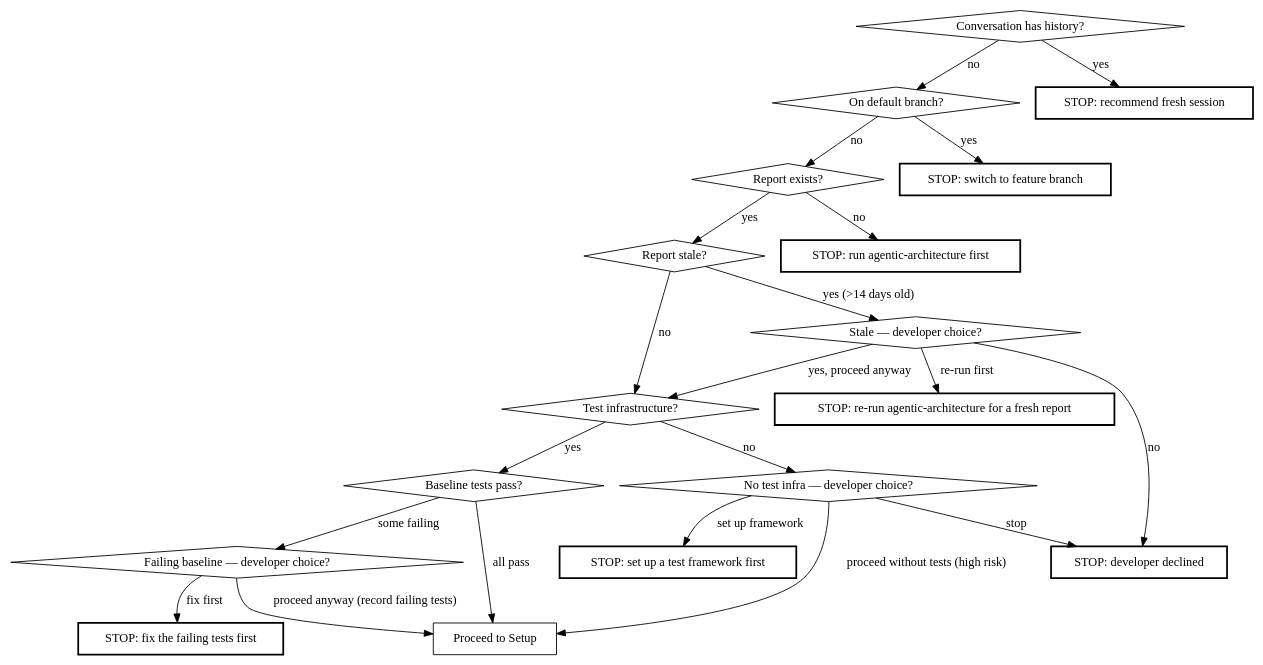
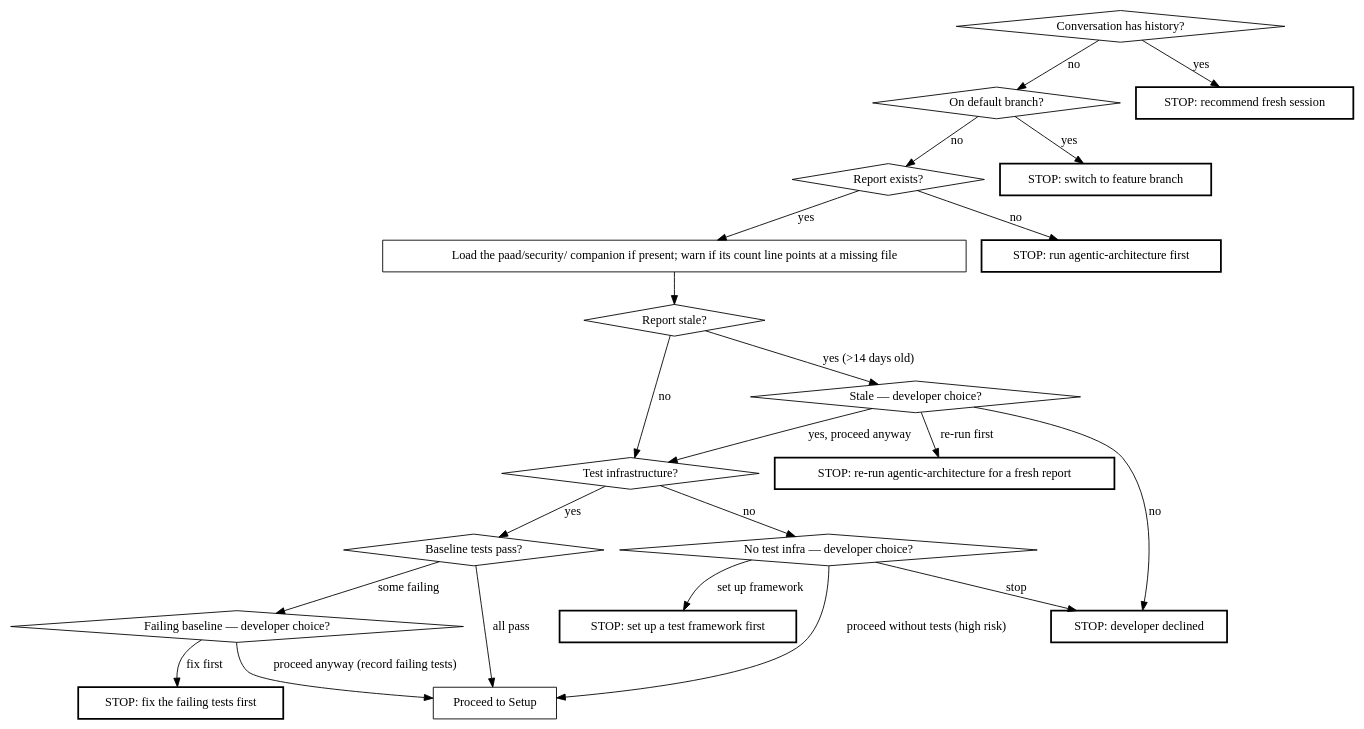
One commit to Ovid/paad changed the first of 2 diagrams in preview/paad/skills/fix-architecture/SKILL.md. Above: the diagram before and after it, drawn with Graphviz. The commit also changed other lines of this file and 3 other files, not shown here.

First line of the commit message:
fix-architecture: load routed security flaws, and keep them out of commits

````diff
--- a/preview/paad/skills/fix-architecture/SKILL.md
+++ b/preview/paad/skills/fix-architecture/SKILL.md
@@ -20,46 +20,48 @@
 ```dot
 digraph preflight {
   "Conversation has history?" [shape=diamond];
   "On default branch?" [shape=diamond];
   "Report exists?" [shape=diamond];
   "Report stale?" [shape=diamond];
   "Stale — developer choice?" [shape=diamond];
   "Test infrastructure?" [shape=diamond];
   "No test infra — developer choice?" [shape=diamond];
   "Baseline tests pass?" [shape=diamond];
   "Failing baseline — developer choice?" [shape=diamond];
 
+  "Load the paad/security/ companion if present; warn if its count line points at a missing file" [shape=box];
   "Proceed to Setup" [shape=box];
   "STOP: recommend fresh session" [shape=box, style=bold];
   "STOP: switch to feature branch" [shape=box, style=bold];
   "STOP: run agentic-architecture first" [shape=box, style=bold];
   "STOP: re-run agentic-architecture for a fresh report" [shape=box, style=bold];
   "STOP: developer declined" [shape=box, style=bold];
   "STOP: set up a test framework first" [shape=box, style=bold];
   "STOP: fix the failing tests first" [shape=box, style=bold];
 
   "Conversation has history?" -> "STOP: recommend fresh session" [label="yes"];
   "Conversation has history?" -> "On default branch?" [label="no"];
   "On default branch?" -> "STOP: switch to feature branch" [label="yes"];
   "On default branch?" -> "Report exists?" [label="no"];
   "Report exists?" -> "STOP: run agentic-architecture first" [label="no"];
-  "Report exists?" -> "Report stale?" [label="yes"];
+  "Report exists?" -> "Load the paad/security/ companion if present; warn if its count line points at a missing file" [label="yes"];
+  "Load the paad/security/ companion if present; warn if its count line points at a missing file" -> "Report stale?";
 
   "Report stale?" -> "Stale — developer choice?" [label="yes (>14 days old)"];
   "Report stale?" -> "Test infrastructure?" [label="no"];
   "Stale — developer choice?" -> "Test infrastructure?" [label="yes, proceed anyway"];
   "Stale — developer choice?" -> "STOP: developer declined" [label="no"];
   "Stale — developer choice?" -> "STOP: re-run agentic-architecture for a fresh report" [label="re-run first"];
 
   "Test infrastructure?" -> "Baseline tests pass?" [label="yes"];
   "Test infrastructure?" -> "No test infra — developer choice?" [label="no"];
   "No test infra — developer choice?" -> "STOP: set up a test framework first" [label="set up framework"];
   "No test infra — developer choice?" -> "Proceed to Setup" [label="proceed without tests (high risk)"];
   "No test infra — developer choice?" -> "STOP: developer declined" [label="stop"];
 
   "Baseline tests pass?" -> "Proceed to Setup" [label="all pass"];
   "Baseline tests pass?" -> "Failing baseline — developer choice?" [label="some failing"];
   "Failing baseline — developer choice?" -> "Proceed to Setup" [label="proceed anyway (record failing tests)"];
   "Failing baseline — developer choice?" -> "STOP: fix the failing tests first" [label="fix first"];
 }
 ```
````
